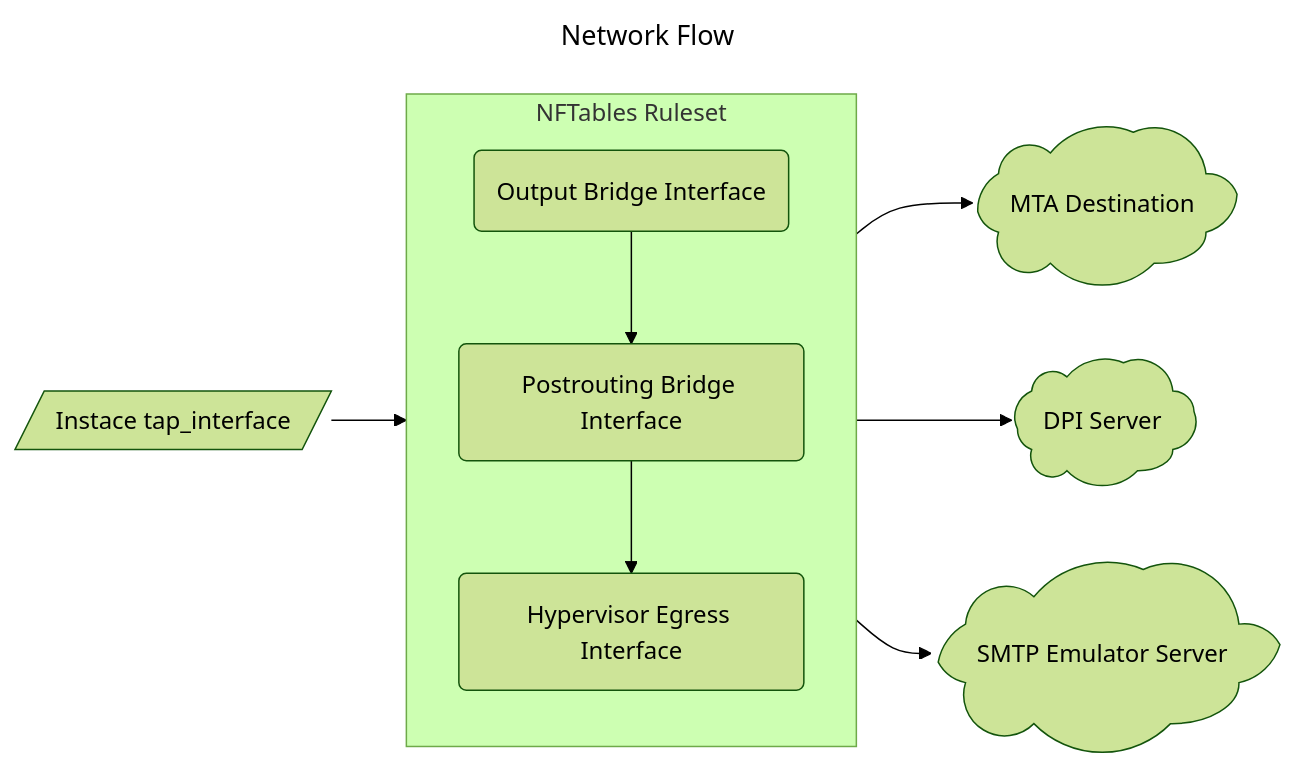
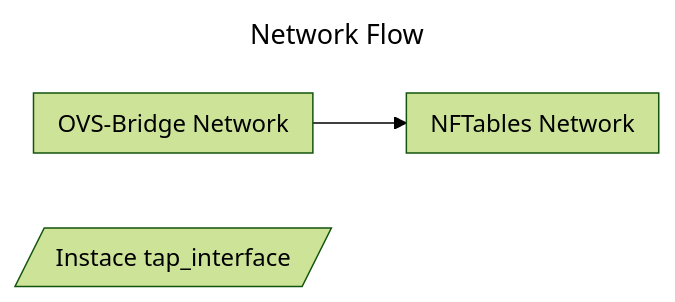
One commit to Zai4ikManiak/Cyber-Security-Study changed the diagram in Antispam System/README.md. Above: the diagram before and after it, drawn with Mermaid (forest theme).

Commit message:
modified:   README.md

````diff
--- a/Antispam System/README.md
+++ b/Antispam System/README.md
@@ -3,24 +3,18 @@
 ```mermaid
 ---
 title: Network Flow
 ---
 flowchart LR
     
     tap_int["Instace tap_interface"]@{ shape: in-out }
 
-    subgraph firewall["NFTables Ruleset"]
-        output_br["Output Bridge Interface"]@{ shape: event }
-        post_ro_br["Postrouting Bridge Interface"]@{ shape: event }
-        egress["Hypervisor Egress Interface"]@{ shape: event }
+    subgraph libvirt["OVS-Bridge Network"]
+
     end
 
-    net["MTA Destination"]@{ shape: cloud }
-    dpi["DPI Server"]@{ shape: cloud }
-    em{"SMTP Emulator Server"}@{ shape: cloud }
+    subgraph firewall["NFTables Network"]
 
-    tap_int --> firewall
-    output_br --> post_ro_br --> egress
-    firewall --> net
-    firewall --> dpi
-    firewall --> em 
+    end
+
+    libvirt --> firewall
 ```
````
